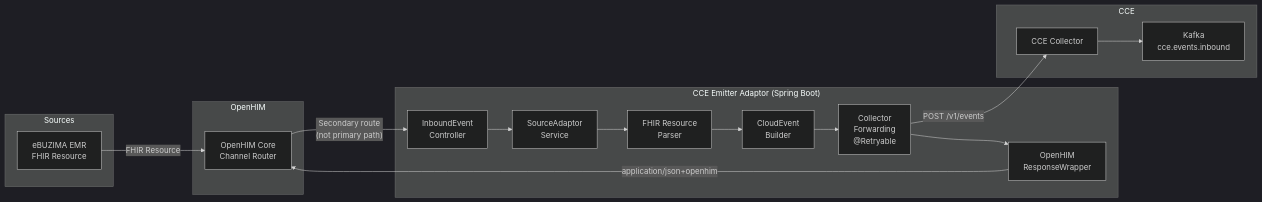
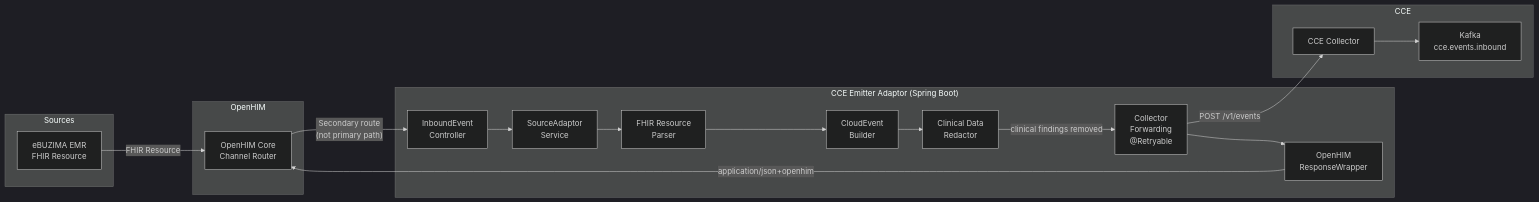
The first of 8 diagrams in docs/flow-diagrams.md (Jayaprakash8887/openhim-cce-emitter-adaptor), drawn with Mermaid (dark theme) before and after one commit. The commit also changed other lines of this file and 12 other files, not shown here.

````diff
--- a/docs/flow-diagrams.md
+++ b/docs/flow-diagrams.md
@@ -7,37 +7,39 @@
 ```mermaid
 flowchart LR
     subgraph Sources
         EBZ[eBUZIMA EMR<br/>FHIR Resource]
     end
 
     subgraph OpenHIM
         OHC[OpenHIM Core<br/>Channel Router]
     end
 
     subgraph "CCE Emitter Adaptor (Spring Boot)"
         CTRL[InboundEvent<br/>Controller]
         SA[SourceAdaptor<br/>Service]
         PARSE[FHIR Resource<br/>Parser]
         NORM[CloudEvent<br/>Builder]
+        RED["Clinical Data<br/>Redactor"]
         FWD["Collector<br/>Forwarding<br/>@Retryable"]
         WRAP[OpenHIM<br/>ResponseWrapper]
     end
 
     subgraph CCE
         COL[CCE Collector]
         KAFKA[Kafka<br/>cce.events.inbound]
     end
 
     EBZ -->|FHIR Resource| OHC
 
     OHC -->|"Secondary route<br/>(not primary path)"| CTRL
     CTRL --> SA
     SA --> PARSE
     PARSE --> NORM
-    NORM --> FWD
+    NORM --> RED
+    RED -->|"clinical findings removed"| FWD
     FWD -->|POST /v1/events| COL
     COL --> KAFKA
 
     FWD --> WRAP
     WRAP -->|application/json+openhim| OHC
 ```
````
